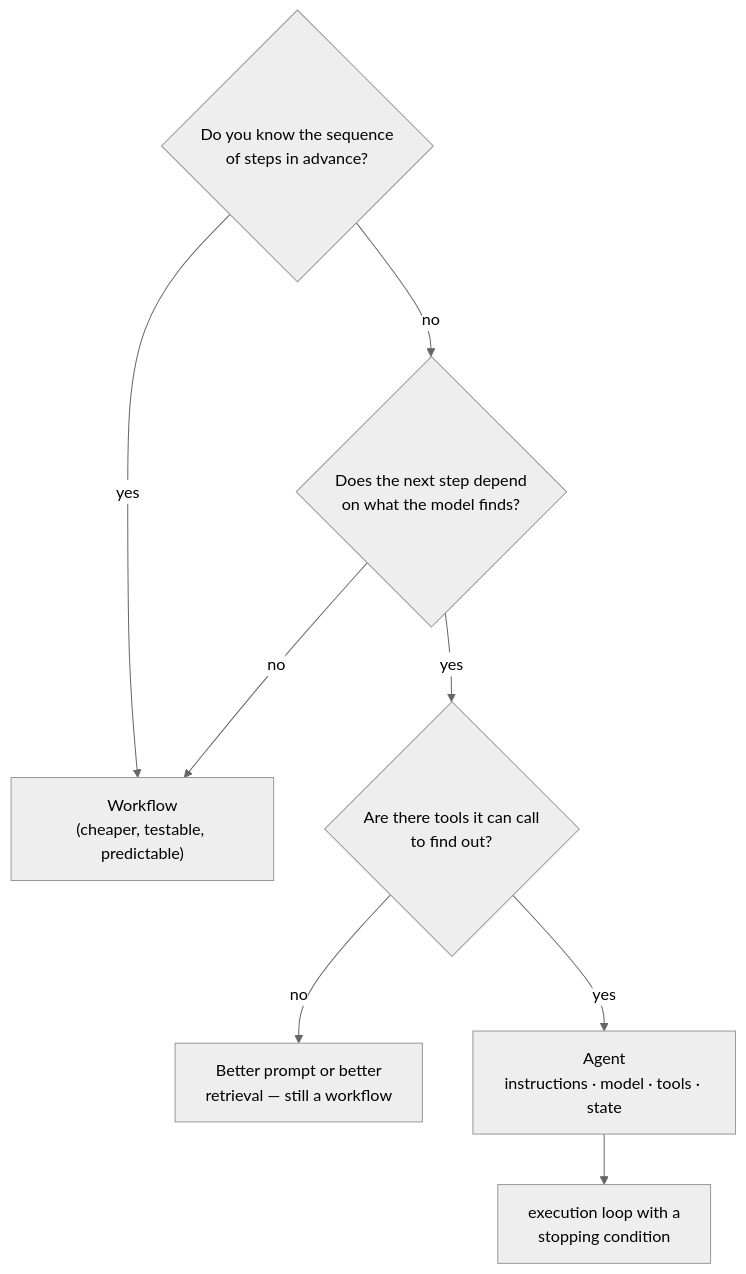
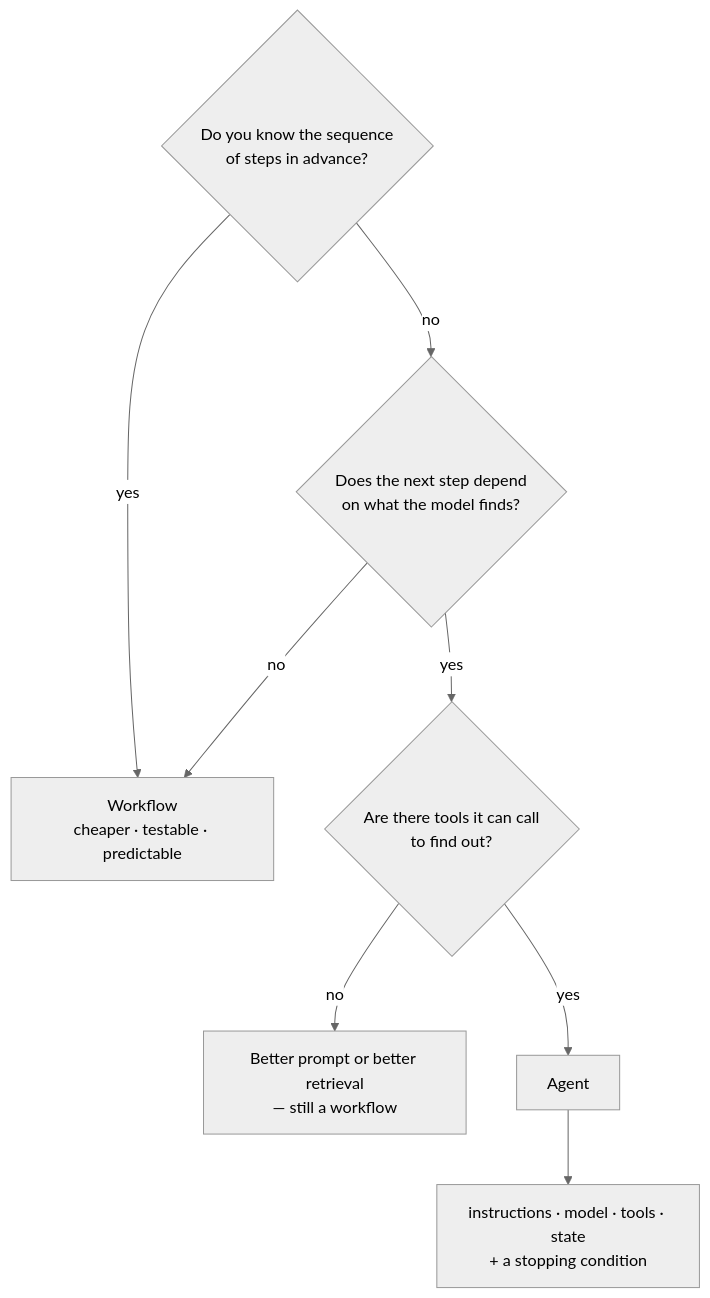
One commit to datacouch-io/Agent_on_Databricks changed the diagram in session-1-agent-architecture/lab-1a-workflow-vs-agent.md. Above: the diagram before and after it, drawn with Mermaid (neutral theme). The commit also changed other lines of this file and 4 other files, not shown here.

````diff
--- a/session-1-agent-architecture/lab-1a-workflow-vs-agent.md
+++ b/session-1-agent-architecture/lab-1a-workflow-vs-agent.md
@@ -43,11 +75,11 @@
 ```mermaid
 flowchart TB
     Q{"Do you know the sequence<br/>of steps in advance?"}
-    Q -->|yes| W["Workflow<br/>(cheaper, testable, predictable)"]
+    Q -->|yes| W["Workflow<br/>cheaper · testable · predictable"]
     Q -->|no| Q2{"Does the next step depend<br/>on what the model finds?"}
     Q2 -->|no| W
     Q2 -->|yes| Q3{"Are there tools it can call<br/>to find out?"}
-    Q3 -->|no| P["Better prompt or better<br/>retrieval — still a workflow"]
-    Q3 -->|yes| A["Agent<br/>instructions · model · tools · state"]
-    A --> L["execution loop with a<br/>stopping condition"]
+    Q3 -->|no| P["Better prompt or better retrieval<br/>— still a workflow"]
+    Q3 -->|yes| A["Agent"]
+    A --> L["instructions · model · tools · state<br/>+ a stopping condition"]
 ```
````
